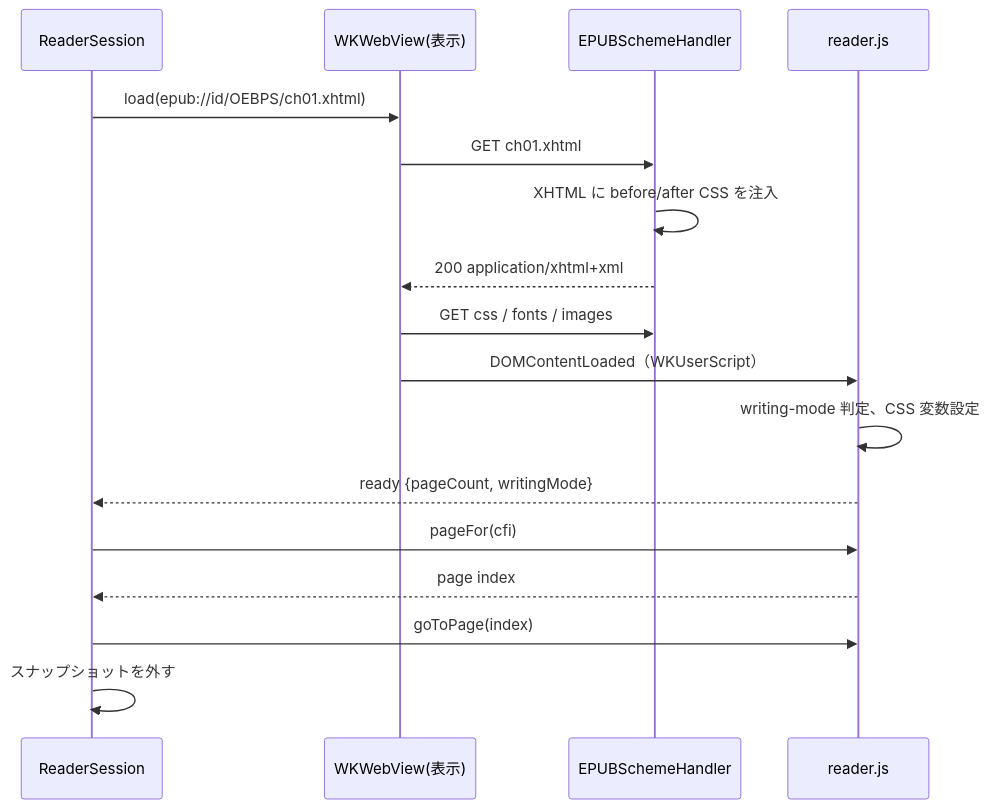
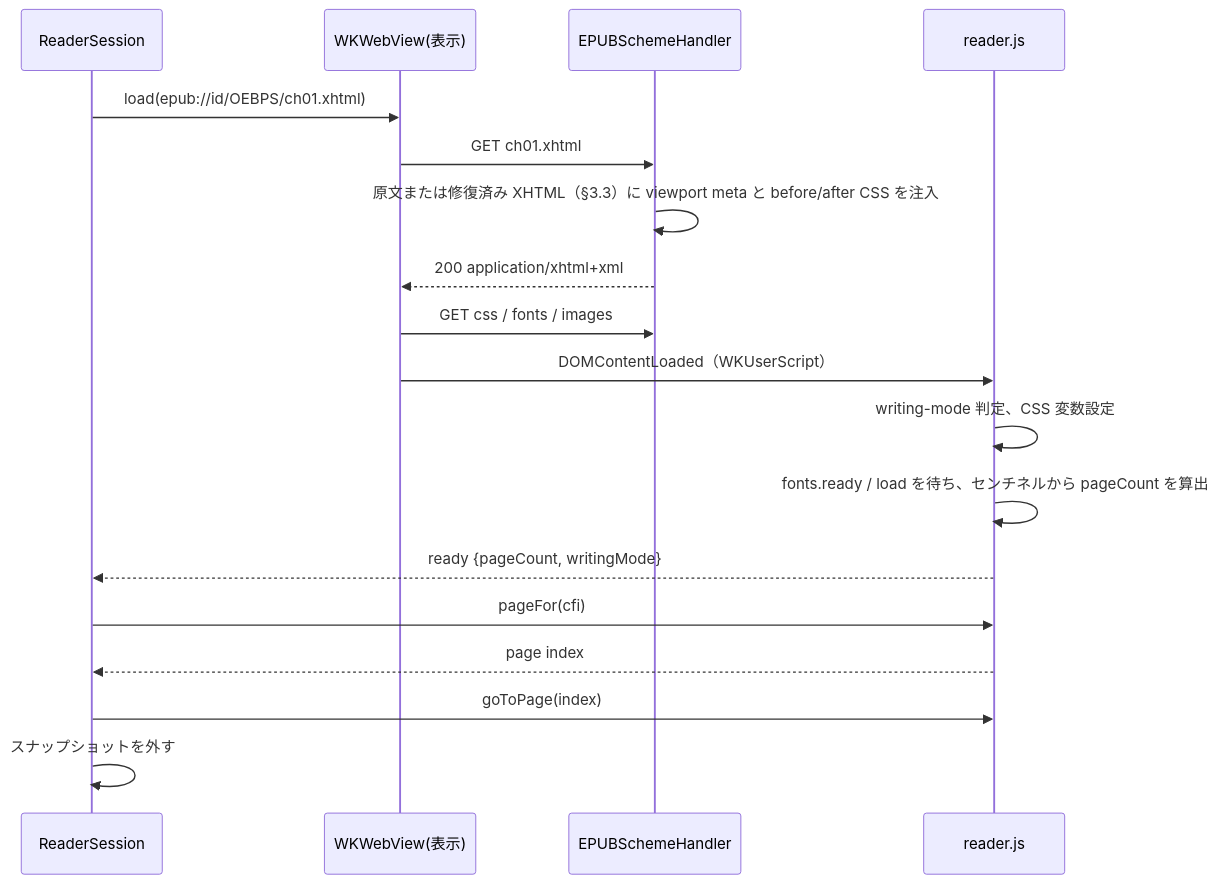
The diagram in docs/design/02-rendering.md (k-ymmt/epub-swift), drawn with Mermaid before and after one commit. The commit also changed other lines of this file and 5 other files, not shown here.

````diff
--- a/docs/design/02-rendering.md
+++ b/docs/design/02-rendering.md
@@ -324,19 +356,20 @@
 ```mermaid
 sequenceDiagram
     participant S as ReaderSession
     participant W as WKWebView(表示)
     participant H as EPUBSchemeHandler
     participant J as reader.js
     S->>W: load(epub://id/OEBPS/ch01.xhtml)
     W->>H: GET ch01.xhtml
-    H->>H: XHTML に before/after CSS を注入
+    H->>H: 原文または修復済み XHTML（§3.3）に viewport meta と before/after CSS を注入
     H-->>W: 200 application/xhtml+xml
     W->>H: GET css / fonts / images
     W->>J: DOMContentLoaded（WKUserScript）
     J->>J: writing-mode 判定、CSS 変数設定
+    J->>J: fonts.ready / load を待ち、センチネルから pageCount を算出
     J-->>S: ready {pageCount, writingMode}
     S->>J: pageFor(cfi)
     J-->>S: page index
     S->>J: goToPage(index)
     S->>S: スナップショットを外す
 ```
````
